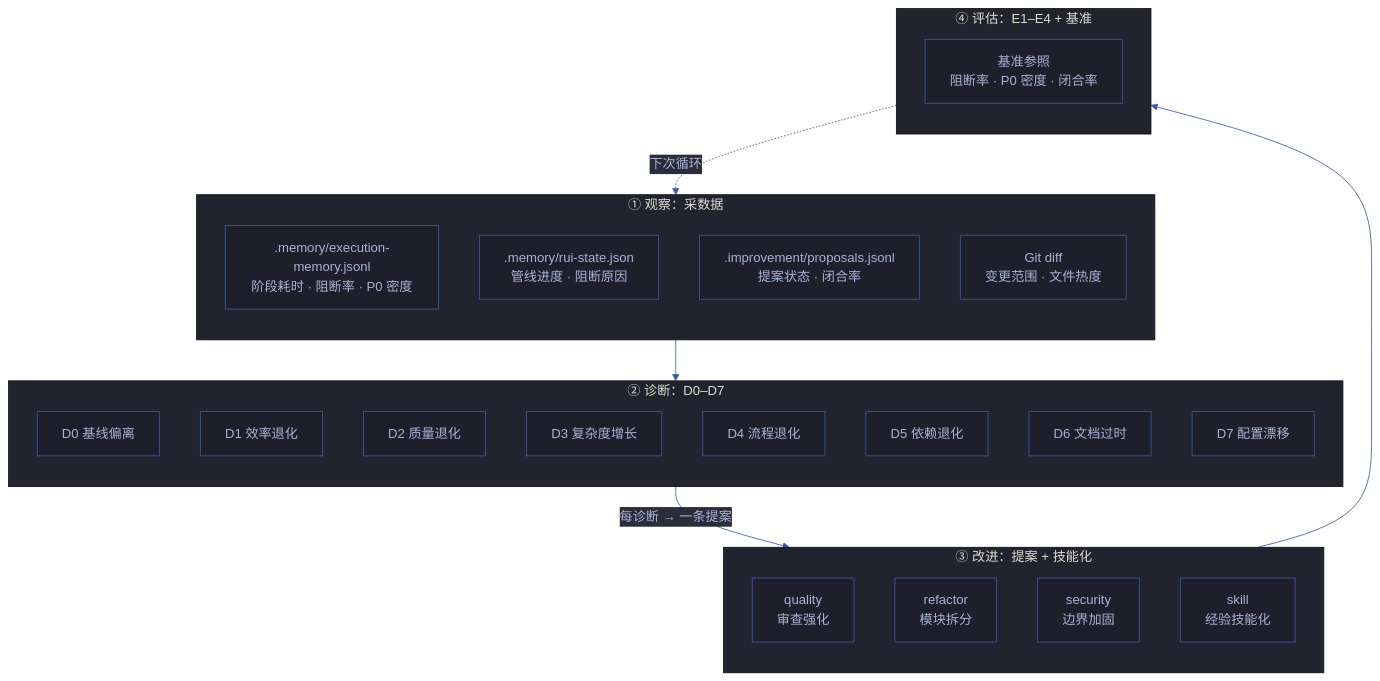
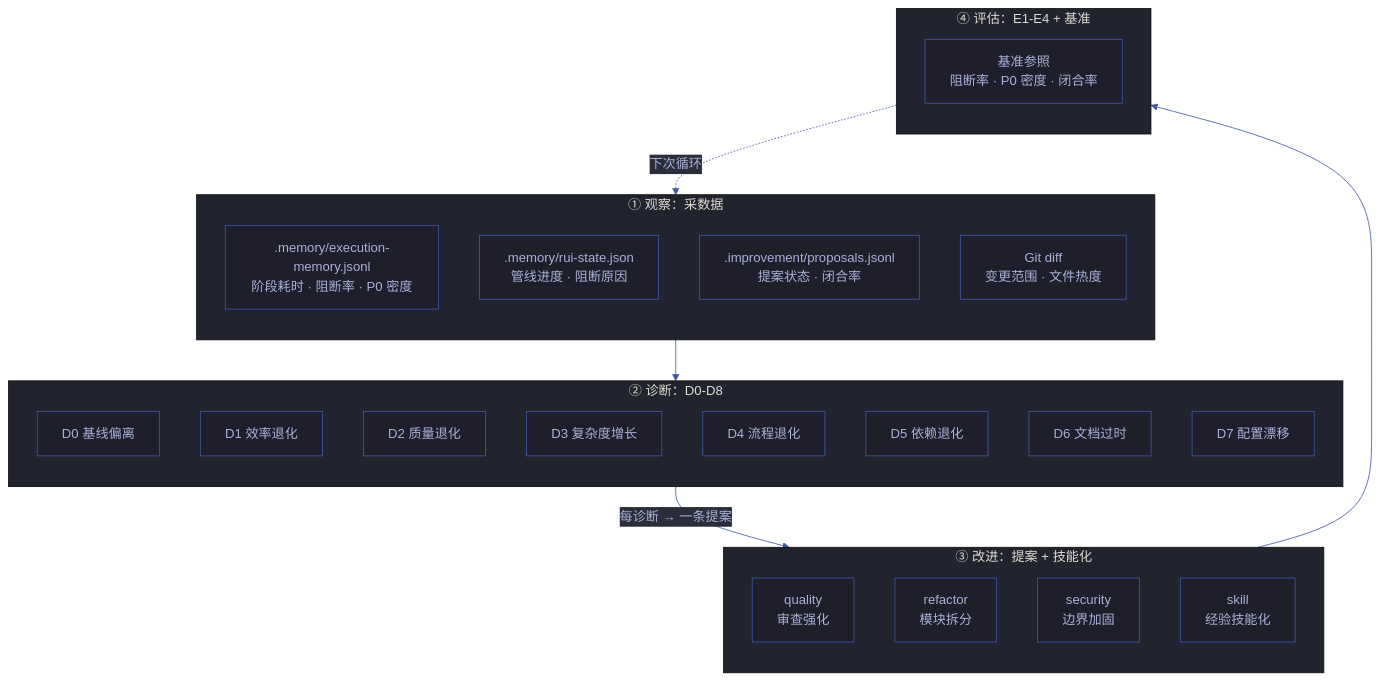
One commit to effiy/YrY changed the first of 6 diagrams in skills/rui-yry/self-improve.md. Above: the diagram before and after it, drawn with Mermaid. The commit also changed other lines of this file and 1028 other files, not shown here.

````diff
--- a/skills/rui-yry/self-improve.md
+++ b/skills/rui-yry/self-improve.md
@@ -17,50 +17,50 @@
 ```mermaid
 %%{init: {'theme': 'base', 'themeVariables': {
   'primaryColor': '#1e1f2b',
   'primaryTextColor': '#a9b1d6',
   'primaryBorderColor': '#3d59a1',
   'lineColor': '#3d59a1',
   'secondaryColor': '#2b2d3b',
   'tertiaryColor': '#21232f'
 }}}%%
 flowchart TB
     subgraph 观察["① 观察：采数据"]
         direction TB
         EXEC[".memory/execution-memory.jsonl<br/>阶段耗时 · 阻断率 · P0 密度"]:::data
         STATE[".memory/rui-state.json<br/>管线进度 · 阻断原因"]:::data
         PROP[".improvement/proposals.jsonl<br/>提案状态 · 闭合率"]:::data
         GIT["Git diff<br/>变更范围 · 文件热度"]:::data
     end
 
-    subgraph 诊断["② 诊断：D0–D7"]
+    subgraph 诊断["② 诊断：D0-D8"]
         direction TB
         D0["D0 基线偏离"]:::diag
         D1["D1 效率退化"]:::diag
         D2["D2 质量退化"]:::diag
         D3["D3 复杂度增长"]:::diag
         D4["D4 流程退化"]:::diag
         D5["D5 依赖退化"]:::diag
         D6["D6 文档过时"]:::diag
         D7["D7 配置漂移"]:::diag
     end
 
     subgraph 改进["③ 改进：提案 + 技能化"]
         direction TB
         QLT["quality<br/>审查强化"]:::prop
         REF["refactor<br/>模块拆分"]:::prop
         SEC["security<br/>边界加固"]:::prop
         SKL["skill<br/>经验技能化"]:::prop
     end
 
-    subgraph 评估["④ 评估：E1–E4 + 基准"]
+    subgraph 评估["④ 评估：E1-E4 + 基准"]
         direction TB
         BENCH["基准参照<br/>阻断率 · P0 密度 · 闭合率"]:::eval
     end
 
     观察 --> 诊断
     诊断 -->|"每诊断 → 一条提案"| 改进
     改进 --> 评估
     评估 -.->|"下次循环"| 观察
 
 
 ```
````
